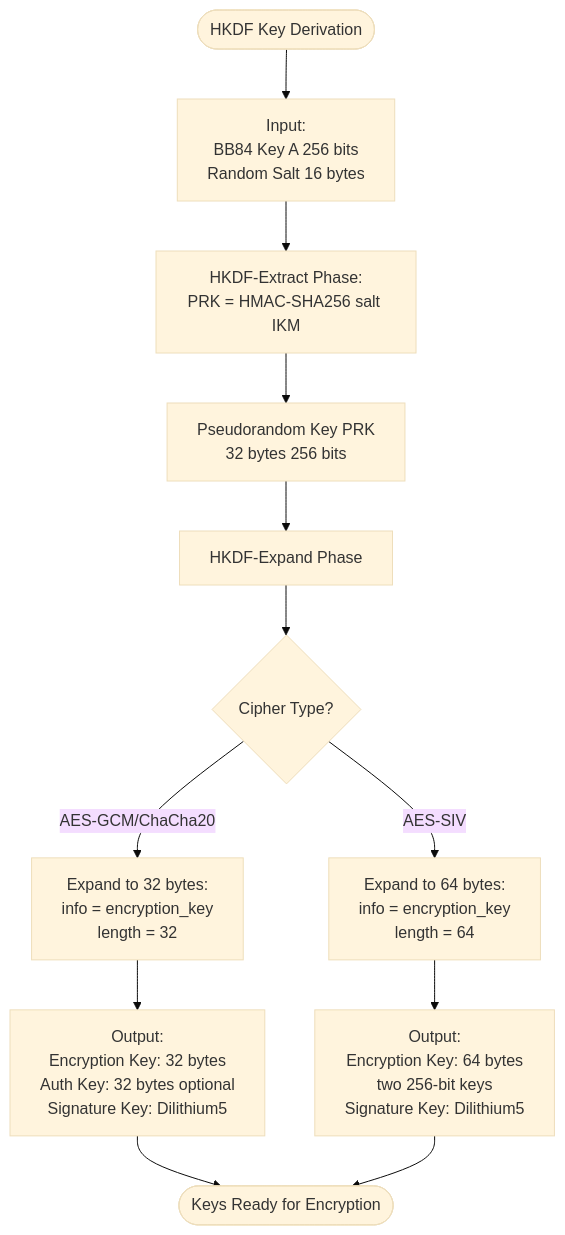
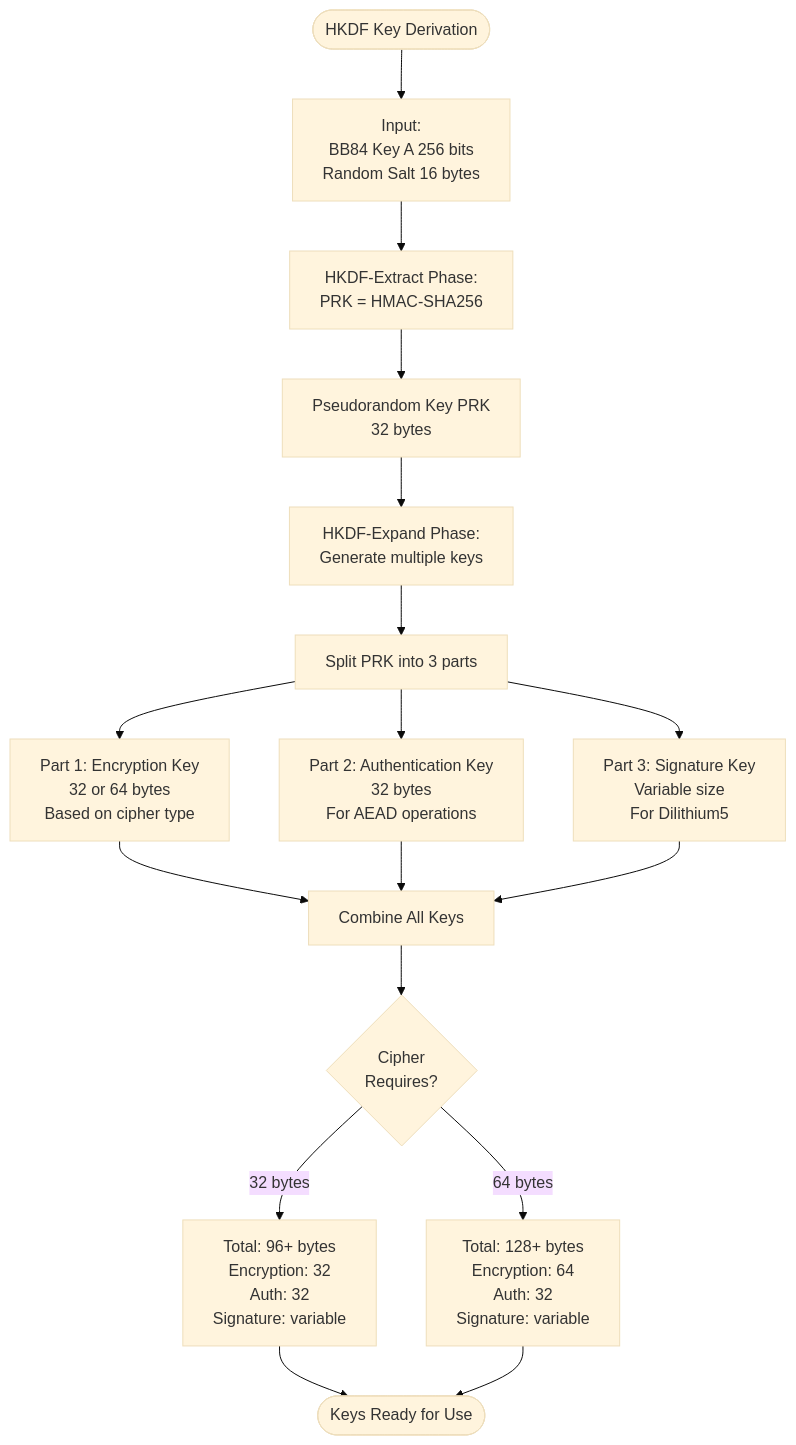
One commit to amnaahmed567/bb84-hybrid-encryption changed the fifth of 5 diagrams in ACTIVITY_DIAGRAM.md. Above: the diagram before and after it, drawn with Mermaid (base theme). The commit also changed 221 other files, not shown here.

````diff
--- a/ACTIVITY_DIAGRAM.md
+++ b/ACTIVITY_DIAGRAM.md
@@ -134,20 +134,27 @@
 ```mermaid
 flowchart TD
     Start([HKDF Key Derivation]) --> Input[Input:<br/>BB84 Key A 256 bits<br/>Random Salt 16 bytes]
     
-    Input --> Extract[HKDF-Extract Phase:<br/>PRK = HMAC-SHA256 salt IKM]
-    Extract --> PRK[Pseudorandom Key PRK<br/>32 bytes 256 bits]
+    Input --> Extract[HKDF-Extract Phase:<br/>PRK = HMAC-SHA256]
+    Extract --> PRK[Pseudorandom Key PRK<br/>32 bytes]
     
-    PRK --> Expand[HKDF-Expand Phase]
-    Expand --> Branch{Cipher Type?}
+    PRK --> Expand[HKDF-Expand Phase:<br/>Generate multiple keys]
     
-    Branch -->|AES-GCM/ChaCha20| Expand32[Expand to 32 bytes:<br/>info = encryption_key<br/>length = 32]
-    Branch -->|AES-SIV| Expand64[Expand to 64 bytes:<br/>info = encryption_key<br/>length = 64]
+    Expand --> Split[Split PRK into 3 parts]
     
-    Expand32 --> Keys32[Output:<br/>Encryption Key: 32 bytes<br/>Auth Key: 32 bytes optional<br/>Signature Key: Dilithium5]
+    Split --> Key1[Part 1: Encryption Key<br/>32 or 64 bytes<br/>Based on cipher type]
+    Split --> Key2[Part 2: Authentication Key<br/>32 bytes<br/>For AEAD operations]
+    Split --> Key3[Part 3: Signature Key<br/>Variable size<br/>For Dilithium5]
     
-    Expand64 --> Keys64[Output:<br/>Encryption Key: 64 bytes<br/>two 256-bit keys<br/>Signature Key: Dilithium5]
+    Key1 --> Combine[Combine All Keys]
+    Key2 --> Combine
+    Key3 --> Combine
     
-    Keys32 --> End([Keys Ready for Encryption])
-    Keys64 --> End
+    Combine --> Final{Cipher<br/>Requires?}
+    
+    Final -->|32 bytes| Output32[Total: 96+ bytes<br/>Encryption: 32<br/>Auth: 32<br/>Signature: variable]
+    Final -->|64 bytes| Output64[Total: 128+ bytes<br/>Encryption: 64<br/>Auth: 32<br/>Signature: variable]
+    
+    Output32 --> End([Keys Ready for Use])
+    Output64 --> End
 ```
````
